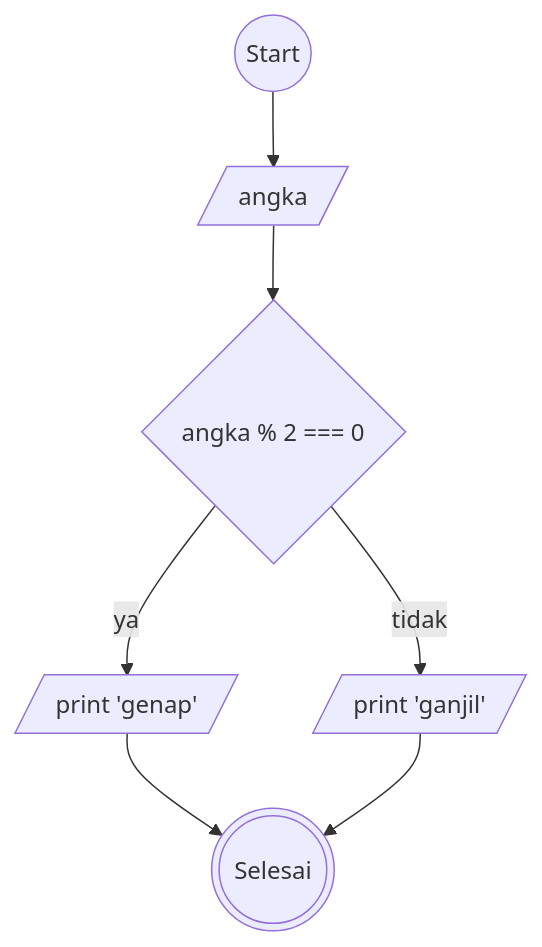
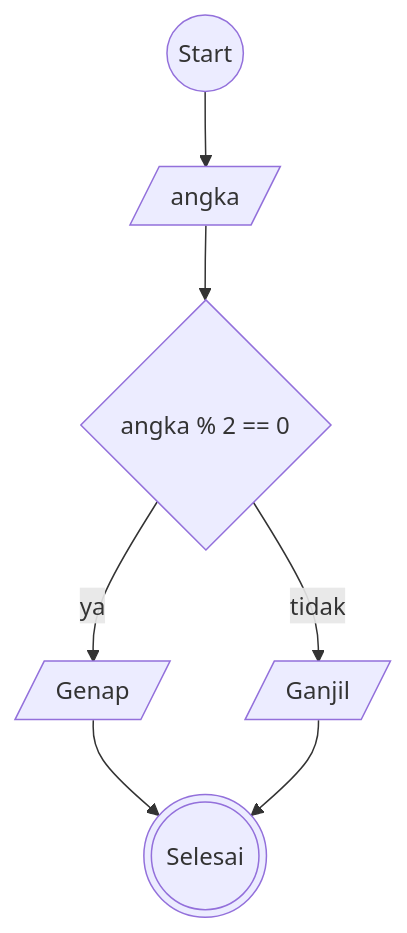
The diagram in README.md (ktsrqsdev/koda-b10-algoritma), drawn with Mermaid before and after one commit.

````diff
--- a/README.md
+++ b/README.md
@@ -28,18 +28,18 @@
 ``` mermaid
 
     flowchart TD
     start@{ shape: circle, label: "Start" }
     inputAngka@{ shape: lean-r, label: "angka" }
-    modulo@{ shape: diamond, label: "angka % 2 === 0" }
-    genap@{ shape: lean-r, label: "print 'genap'" }
-    ganjil@{ shape: lean-r, label: "print 'ganjil'" }
+    modulo@{ shape: diamond, label: "angka % 2 == 0" }
+    genap@{ shape: lean-r, label: "Genap" }
+    ganjil@{ shape: lean-r, label: "Ganjil" }
     selesai@{ shape: dbl-circ, label: "Selesai" }
     
     start --> inputAngka
     inputAngka --> modulo
     modulo --ya--> genap
     modulo --tidak--> ganjil
     genap & ganjil --> selesai
     
     
 ```
````
